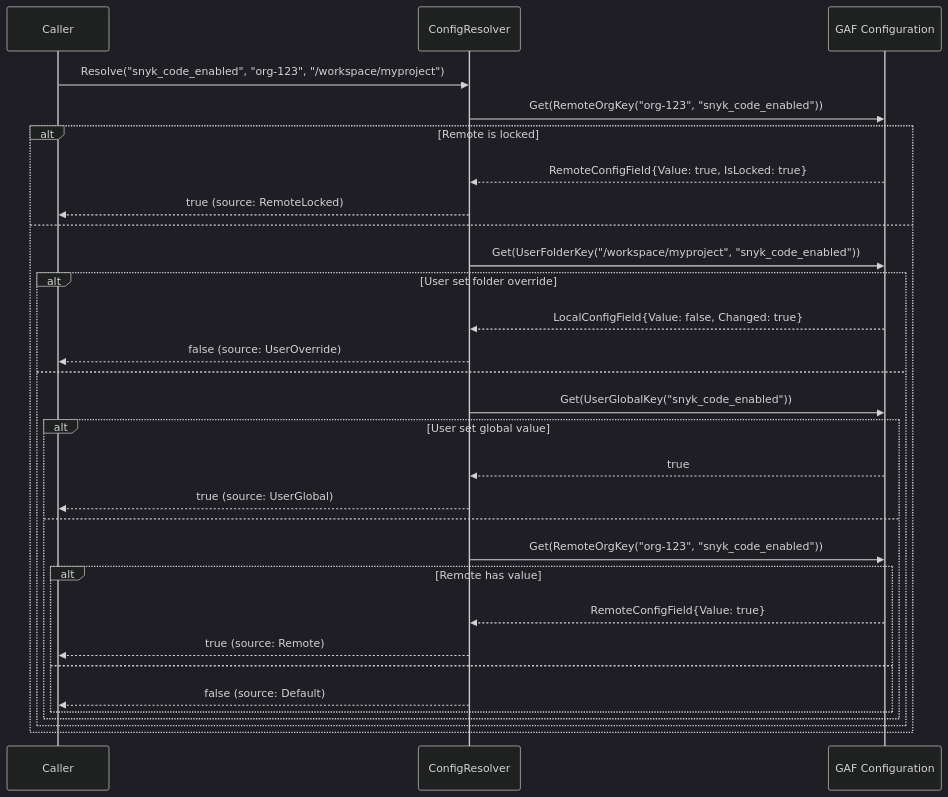
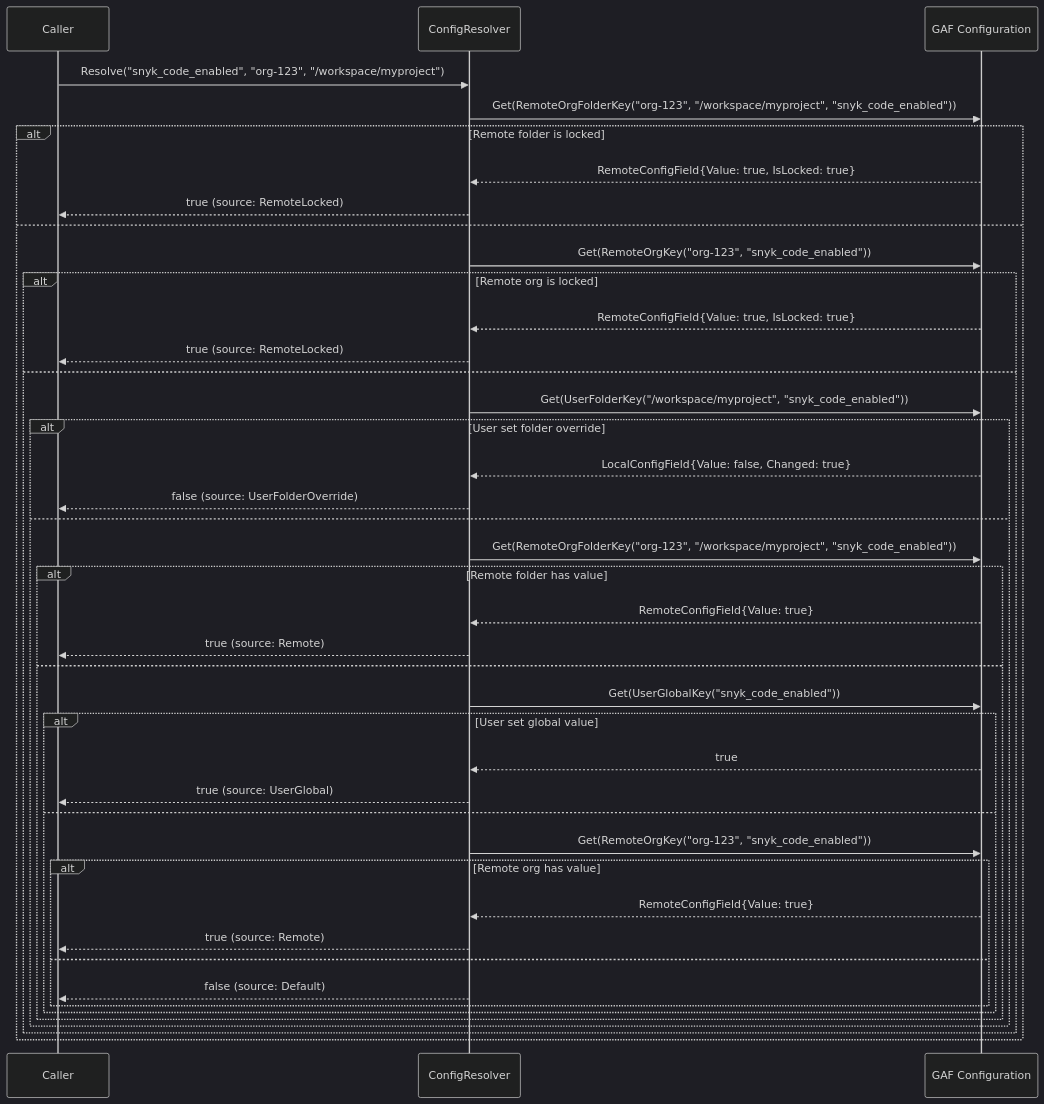
One commit to snyk/snyk-ls changed the third of 9 diagrams in docs/configuration.md. Above: the diagram before and after it, drawn with Mermaid (dark theme). The commit also changed other lines of this file and 4 other files, not shown here.

````diff
--- a/docs/configuration.md
+++ b/docs/configuration.md
@@ -189,33 +188,45 @@
 ```mermaid
 sequenceDiagram
     participant Caller
     participant Resolver as ConfigResolver
     participant Conf as GAF Configuration
 
     Caller->>Resolver: Resolve("snyk_code_enabled", "org-123", "/workspace/myproject")
-    Resolver->>Conf: Get(RemoteOrgKey("org-123", "snyk_code_enabled"))
-    alt Remote is locked
+    Resolver->>Conf: Get(RemoteOrgFolderKey("org-123", "/workspace/myproject", "snyk_code_enabled"))
+    alt Remote folder is locked
         Conf-->>Resolver: RemoteConfigField{Value: true, IsLocked: true}
         Resolver-->>Caller: true (source: RemoteLocked)
     else
-        Resolver->>Conf: Get(UserFolderKey("/workspace/myproject", "snyk_code_enabled"))
-        alt User set folder override
-            Conf-->>Resolver: LocalConfigField{Value: false, Changed: true}
-            Resolver-->>Caller: false (source: UserOverride)
+        Resolver->>Conf: Get(RemoteOrgKey("org-123", "snyk_code_enabled"))
+        alt Remote org is locked
+            Conf-->>Resolver: RemoteConfigField{Value: true, IsLocked: true}
+            Resolver-->>Caller: true (source: RemoteLocked)
         else
-            Resolver->>Conf: Get(UserGlobalKey("snyk_code_enabled"))
-            alt User set global value
-                Conf-->>Resolver: true
-                Resolver-->>Caller: true (source: UserGlobal)
+            Resolver->>Conf: Get(UserFolderKey("/workspace/myproject", "snyk_code_enabled"))
+            alt User set folder override
+                Conf-->>Resolver: LocalConfigField{Value: false, Changed: true}
+                Resolver-->>Caller: false (source: UserFolderOverride)
             else
-                Resolver->>Conf: Get(RemoteOrgKey("org-123", "snyk_code_enabled"))
-                alt Remote has value
+                Resolver->>Conf: Get(RemoteOrgFolderKey("org-123", "/workspace/myproject", "snyk_code_enabled"))
+                alt Remote folder has value
                     Conf-->>Resolver: RemoteConfigField{Value: true}
                     Resolver-->>Caller: true (source: Remote)
                 else
-                    Resolver-->>Caller: false (source: Default)
+                    Resolver->>Conf: Get(UserGlobalKey("snyk_code_enabled"))
+                    alt User set global value
+                        Conf-->>Resolver: true
+                        Resolver-->>Caller: true (source: UserGlobal)
+                    else
+                        Resolver->>Conf: Get(RemoteOrgKey("org-123", "snyk_code_enabled"))
+                        alt Remote org has value
+                            Conf-->>Resolver: RemoteConfigField{Value: true}
+                            Resolver-->>Caller: true (source: Remote)
+                        else
+                            Resolver-->>Caller: false (source: Default)
+                        end
+                    end
                 end
             end
         end
     end
 ```
````
